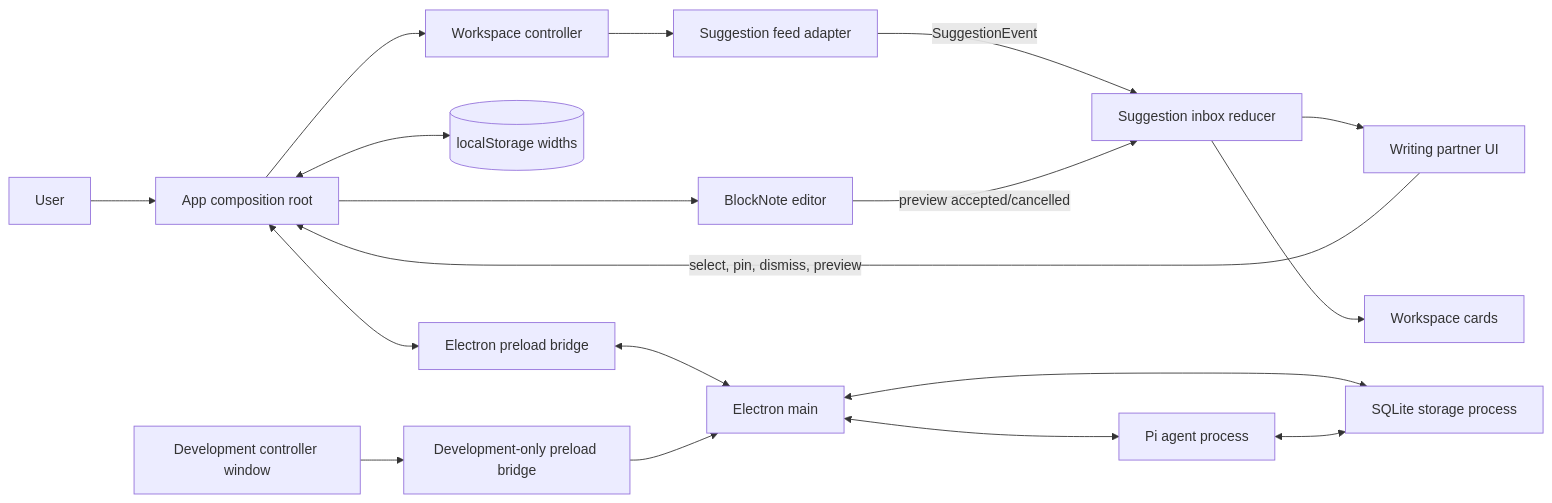
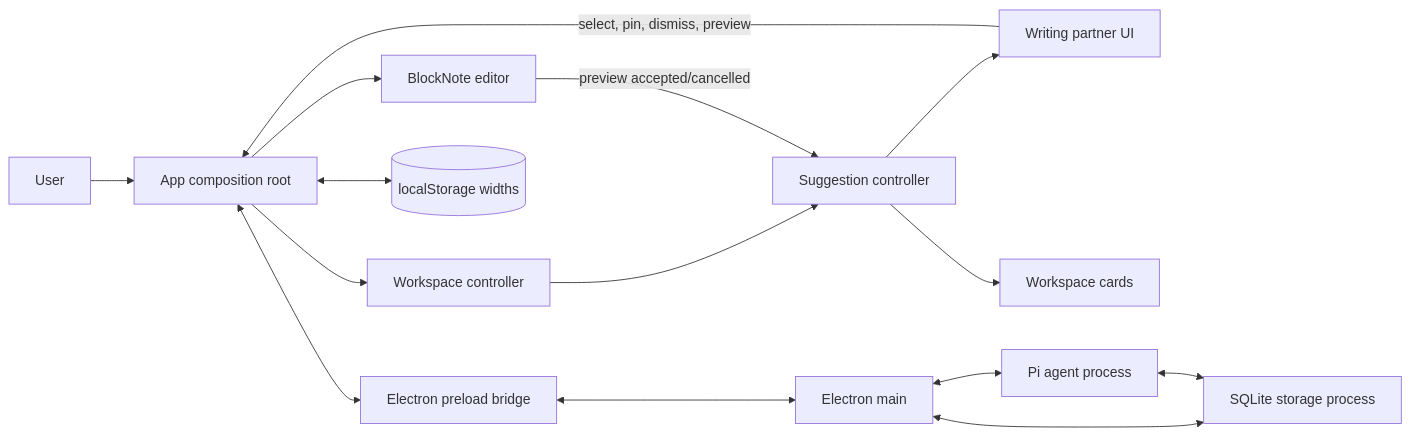
The first of 3 diagrams in docs/architecture.md (bitshielddev/writing-app), drawn with Mermaid before and after one commit. The commit also changed other lines of this file and 70 other files, not shown here.

Commit message:
Suggestion controller consolidation

````diff
--- a/docs/architecture.md
+++ b/docs/architecture.md
@@ -15,36 +15,30 @@
 ```mermaid
 flowchart LR
     User[User]
     Shell[App composition root]
     WorkspaceController[Workspace controller]
     Editor[BlockNote editor]
-    Feed[Suggestion feed adapter]
-    Inbox[Suggestion inbox reducer]
+    Suggestions[Suggestion controller]
     Dock[Writing partner UI]
     Pins[Workspace cards]
     Storage[(localStorage widths)]
     Bridge[Electron preload bridge]
     Main[Electron main]
     Database[SQLite storage process]
     Agent[Pi agent process]
-    Controller[Development controller window]
-    DevBridge[Development-only preload bridge]
 
     User --> Shell
     Shell --> Editor
     Shell --> WorkspaceController
-    WorkspaceController --> Feed
-    Feed -->|SuggestionEvent| Inbox
-    Inbox --> Dock
-    Inbox --> Pins
+    WorkspaceController --> Suggestions
+    Suggestions --> Dock
+    Suggestions --> Pins
     Dock -->|select, pin, dismiss, preview| Shell
-    Editor -->|preview accepted/cancelled| Inbox
+    Editor -->|preview accepted/cancelled| Suggestions
     Shell <--> Storage
     Shell <--> Bridge
     Bridge <--> Main
     Main <--> Database
     Main <--> Agent
     Agent <--> Database
-    Controller --> DevBridge
-    DevBridge --> Main
 ```
````
